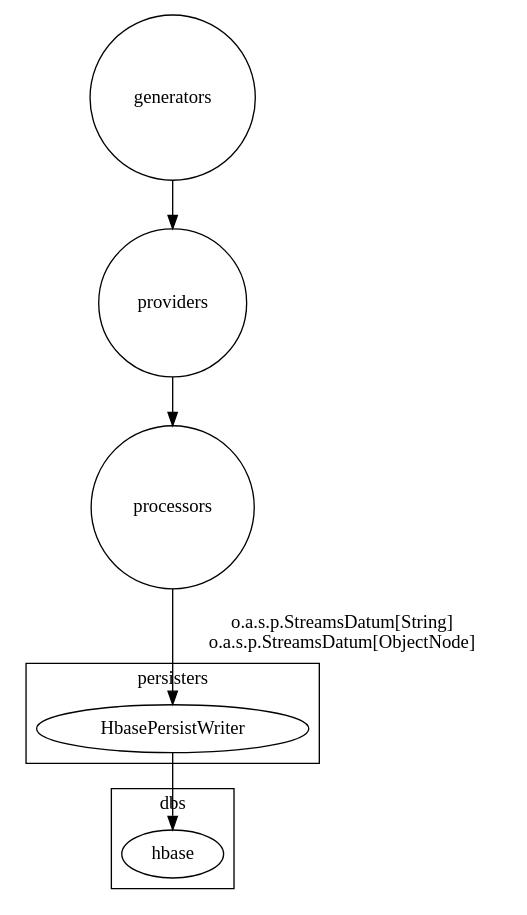
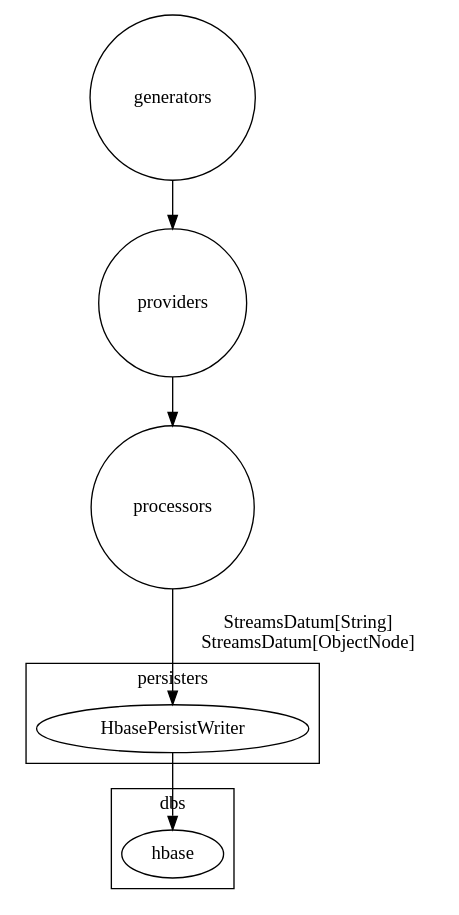
Before and after one commit to apache/streams: the diagram in streams-contrib/streams-persist-hbase/src/main/resources/components.dot, drawn with Graphviz. The commit also changed 16 other files, not shown here.

Commit message:
add diagrams and improve index.html

```diff
--- a/streams-contrib/streams-persist-hbase/src/main/resources/components.dot
+++ b/streams-contrib/streams-persist-hbase/src/main/resources/components.dot
@@ -1,29 +1,29 @@
 digraph g {
 
   graph [compound = true];
 
   //presentation
   splines = true;
   overlap = false;
   rankdir = TB;
 
   generators [label="generators", shape="circle"];
   providers [label="providers", shape="circle"];
   processors [label="processors", shape="circle"];
 
   subgraph cluster_persisters {
     label="persisters";
     persisters_hbase_writer [label="HbasePersistWriter"]
   }
 
   subgraph cluster_dbs {
     label="dbs";
     hbase [label="hbase"]
   }
 
   generators -> providers
   providers -> processors
-  processors -> persisters_hbase_writer [label="o.a.s.p.StreamsDatum[String]\no.a.s.p.StreamsDatum[ObjectNode]"]
+  processors -> persisters_hbase_writer [label="StreamsDatum[String]\nStreamsDatum[ObjectNode]"]
   persisters_hbase_writer -> hbase
 
 }
```
